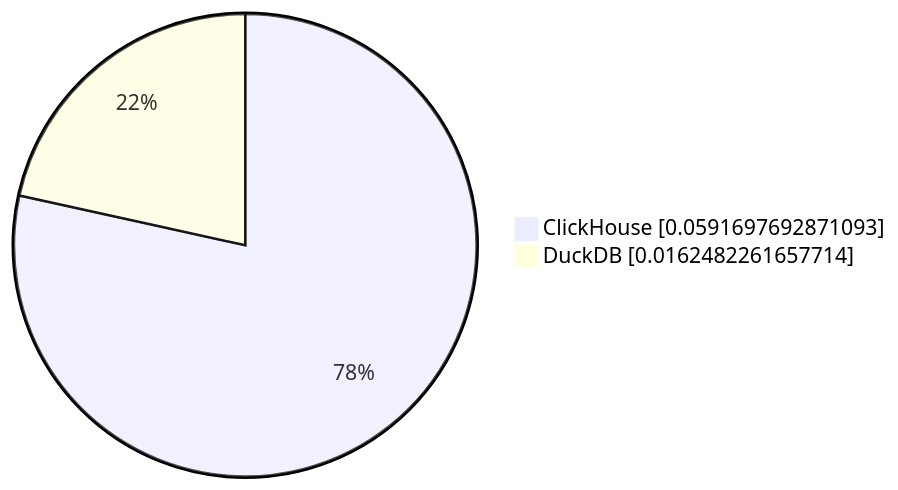
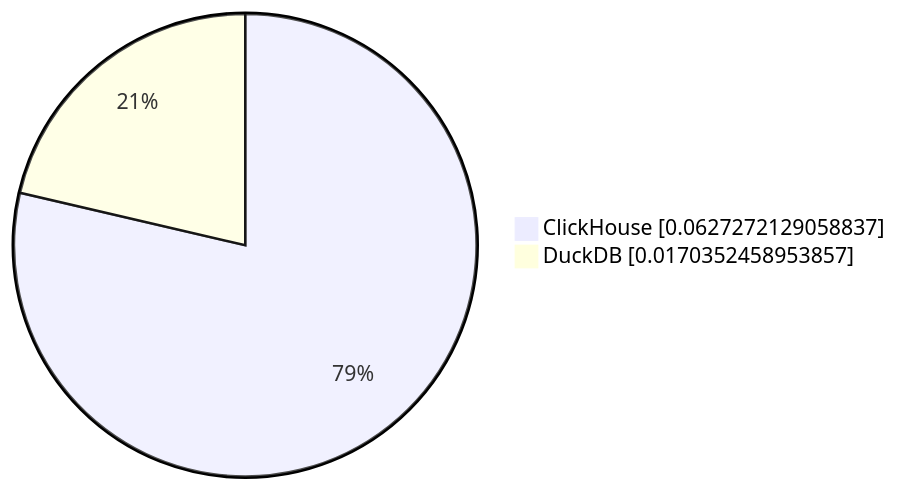
One commit to Altinity/clickhouse-regression changed the ninth of 10 diagrams in parquet/performance/results/README.md. Above: the diagram before and after it, drawn with Mermaid. The commit also changed other lines of this file and 3 other files, not shown here.

````diff
--- a/parquet/performance/results/README.md
+++ b/parquet/performance/results/README.md
@@ -88,5 +88,5 @@
 ```mermaid
      pie showData
-         "ClickHouse" : 0.0591697692871093
-         "DuckDB" : 0.0162482261657714
+         "ClickHouse" : 0.0627272129058837
+         "DuckDB" : 0.0170352458953857
 ```
````
